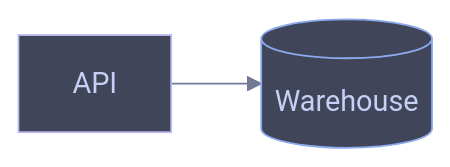
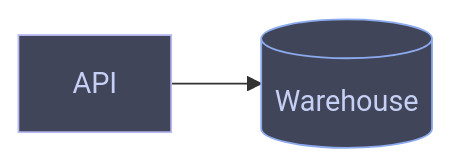
One commit to gwenwindflower/dotfiles changed the first of 2 diagrams in skills/diagramming/themes.md. Above: the diagram before and after it, drawn with Mermaid. The commit also changed other lines of this file and 12 other files, not shown here.

First line of the commit message:
feat(diagramming): render Mermaid and D2 through one themed CLI

````diff
--- a/skills/diagramming/themes.md
+++ b/skills/diagramming/themes.md
@@ -99,17 +56,12 @@
 ```mermaid
-%%{init: {'theme': 'base', 'themeVariables': {
-  'darkMode': true, 'background': '#303446',
-  'primaryColor': '#414559', 'primaryBorderColor': '#babbf1', 'primaryTextColor': '#c6d0f5',
-  'lineColor': '#737994', 'secondaryColor': '#292c3c', 'tertiaryColor': '#51576d'
-}}}%%
 flowchart LR
     a[API] --> b[(Warehouse)]
     classDef accent fill:#414559,stroke:#babbf1,color:#c6d0f5
     classDef data fill:#414559,stroke:#8caaee,color:#c6d0f5
     classDef decision fill:#414559,stroke:#e5c890,color:#c6d0f5
     classDef good fill:#414559,stroke:#a6d189,color:#c6d0f5
     classDef warn fill:#414559,stroke:#e78284,color:#c6d0f5
     classDef external fill:#292c3c,stroke:#737994,color:#b5bfe2,stroke-dasharray:4 3
     class a accent
     class b data
 ```
````
